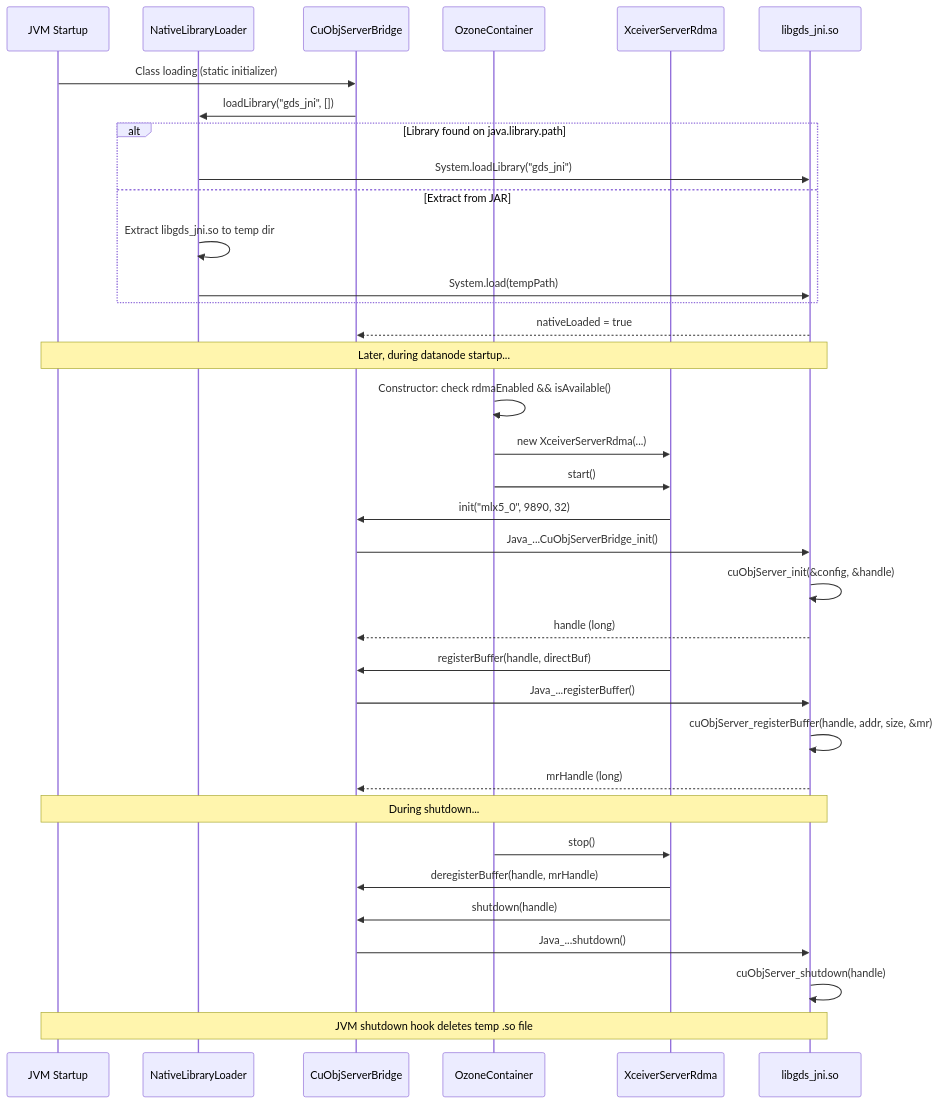
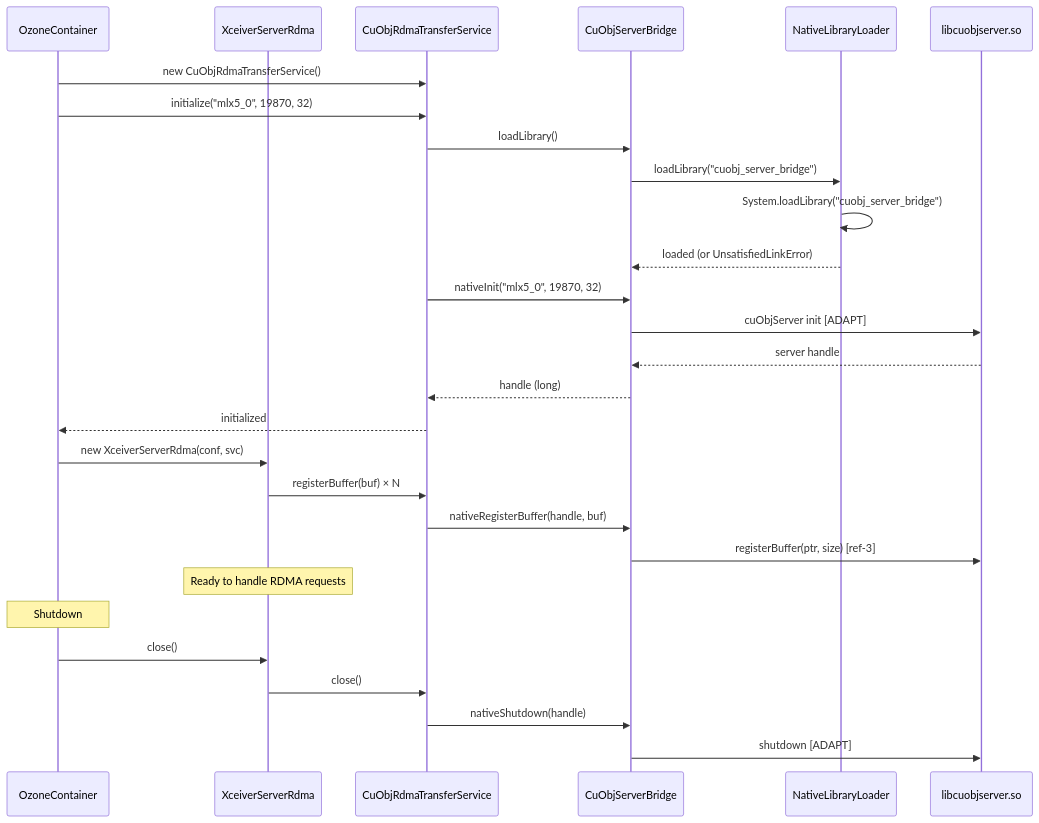
Before and after one commit to ptlrs/ozone: diagram 18 of 18 in docs/gds-dn-direct-rdma-implementation-spec.md, drawn with Mermaid. The commit also changed other lines of this file, not shown here.

Commit message:
GPUDirect. Update GPUDirect Storage spec to version 2.0 with enhanced RDMA path details. This removed all hallucinated APIs

````diff
--- a/docs/gds-dn-direct-rdma-implementation-spec.md
+++ b/docs/gds-dn-direct-rdma-implementation-spec.md
@@ -2973,39 +3194,30 @@
 ```mermaid
 sequenceDiagram
-  participant JVM as JVM Startup
-  participant Loader as NativeLibraryLoader
-  participant Bridge as CuObjServerBridge
   participant OC as OzoneContainer
   participant RDMA as XceiverServerRdma
-  participant Native as libgds_jni.so
-  JVM ->> Bridge: Class loading (static initializer)
-  Bridge ->> Loader: loadLibrary("gds_jni", [])
-
-  alt Library found on java.library.path
-    Loader ->> Native: System.loadLibrary("gds_jni")
-  else Extract from JAR
-    Loader ->> Loader: Extract libgds_jni.so to temp dir
-    Loader ->> Native: System.load(tempPath)
-  end
-
-  Native -->> Bridge: nativeLoaded = true
-  Note over JVM, Native: Later, during datanode startup...
-  OC ->> OC: Constructor: check rdmaEnabled && isAvailable()
-  OC ->> RDMA: new XceiverServerRdma(...)
-  OC ->> RDMA: start()
-  RDMA ->> Bridge: init("mlx5_0", 9890, 32)
-  Bridge ->> Native: Java_...CuObjServerBridge_init()
-  Native ->> Native: cuObjServer_init(&config, &handle)
-  Native -->> Bridge: handle (long)
-  RDMA ->> Bridge: registerBuffer(handle, directBuf)
-  Bridge ->> Native: Java_...registerBuffer()
-  Native ->> Native: cuObjServer_registerBuffer(handle, addr, size, &mr)
-  Native -->> Bridge: mrHandle (long)
-  Note over JVM, Native: During shutdown...
-  OC ->> RDMA: stop()
-  RDMA ->> Bridge: deregisterBuffer(handle, mrHandle)
-  RDMA ->> Bridge: shutdown(handle)
-  Bridge ->> Native: Java_...shutdown()
-  Native ->> Native: cuObjServer_shutdown(handle)
-  Note over JVM, Native: JVM shutdown hook deletes temp .so file
+  participant SVC as CuObjRdmaTransferService
+  participant JNI as CuObjServerBridge
+  participant NL as NativeLibraryLoader
+  participant LIB as libcuobjserver.so
+  OC ->> SVC: new CuObjRdmaTransferService()
+  OC ->> SVC: initialize("mlx5_0", 19870, 32)
+  SVC ->> JNI: loadLibrary()
+  JNI ->> NL: loadLibrary("cuobj_server_bridge")
+  NL ->> NL: System.loadLibrary("cuobj_server_bridge")
+  NL -->> JNI: loaded (or UnsatisfiedLinkError)
+  SVC ->> JNI: nativeInit("mlx5_0", 19870, 32)
+  JNI ->> LIB: cuObjServer init [ADAPT]
+  LIB -->> JNI: server handle
+  JNI -->> SVC: handle (long)
+  SVC -->> OC: initialized
+  OC ->> RDMA: new XceiverServerRdma(conf, svc)
+  RDMA ->> SVC: registerBuffer(buf) × N
+  SVC ->> JNI: nativeRegisterBuffer(handle, buf)
+  JNI ->> LIB: registerBuffer(ptr, size) [ref-3]
+  Note over RDMA: Ready to handle RDMA requests
+  Note over OC: Shutdown
+  OC ->> RDMA: close()
+  RDMA ->> SVC: close()
+  SVC ->> JNI: nativeShutdown(handle)
+  JNI ->> LIB: shutdown [ADAPT]
 ```
````
